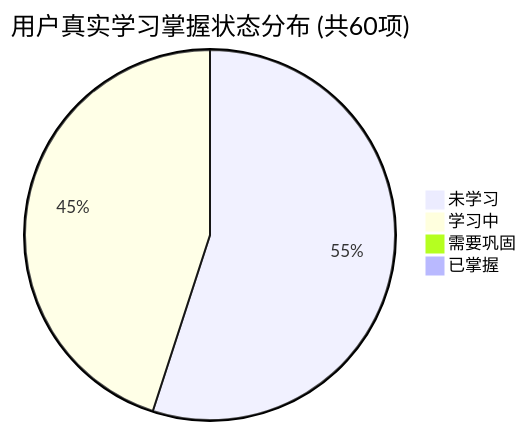
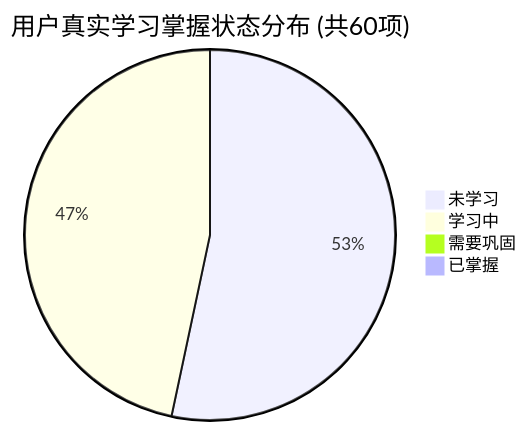
The first of 2 diagrams in PROGRESS.md (tieke1121/tech-interview-knowledge-base), drawn with Mermaid before and after one commit. The commit also changed other lines of this file and 1 other file, not shown here.

Commit message:
docs(day21): 补充 Day 21 第三周阶段复盘面试口述示范与速记卡并更新学习状态

````diff
--- a/PROGRESS.md
+++ b/PROGRESS.md
@@ -27,7 +27,7 @@
 ```mermaid
 pie title 用户真实学习掌握状态分布 (共60项)
-    "未学习" : 33
-    "学习中" : 27
+    "未学习" : 32
+    "学习中" : 28
     "需要巩固" : 0
     "已掌握" : 0
 ```
````
